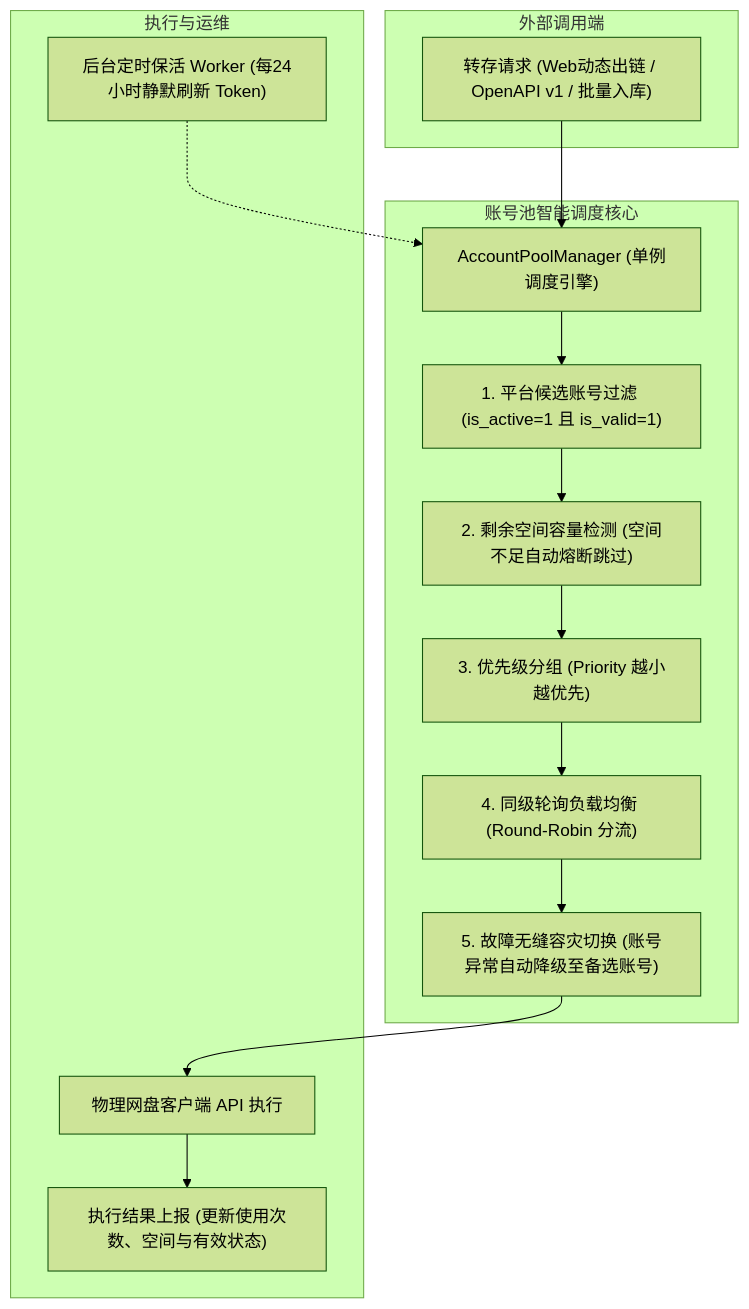
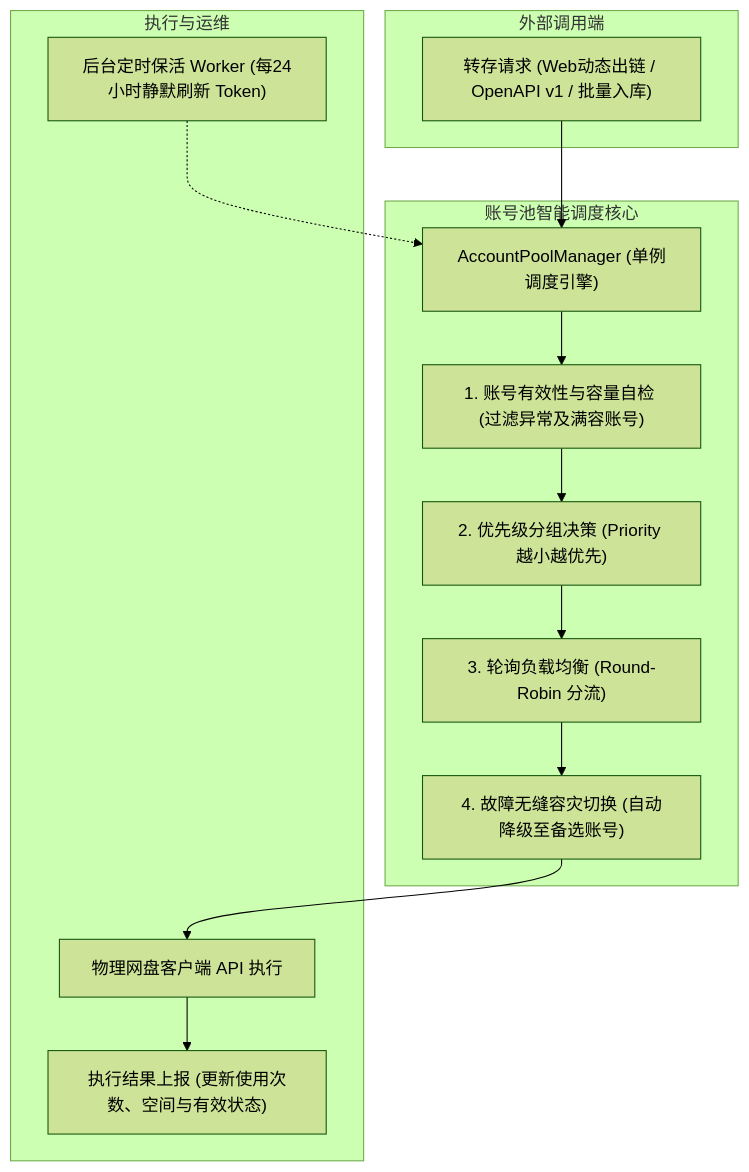
Before and after one commit to ucmao/pan-relay: the diagram in docs/account_pool_guide.md, drawn with Mermaid (forest theme). The commit also changed 14 other files, not shown here.

````diff
--- a/docs/account_pool_guide.md
+++ b/docs/account_pool_guide.md
@@ -9,21 +9,20 @@
 ```mermaid
 flowchart TD
     subgraph 外部调用端
         Req["转存请求 (Web动态出链 / OpenAPI v1 / 批量入库)"]
     end
 
     subgraph 账号池智能调度核心
         Req --> Pool["AccountPoolManager (单例调度引擎)"]
-        Pool --> Step1["1. 平台候选账号过滤 (is_active=1 且 is_valid=1)"]
-        Step1 --> Step2["2. 剩余空间容量检测 (空间不足自动熔断跳过)"]
-        Step2 --> Step3["3. 优先级分组 (Priority 越小越优先)"]
-        Step3 --> Step4["4. 同级轮询负载均衡 (Round-Robin 分流)"]
-        Step4 --> Step5["5. 故障无缝容灾切换 (账号异常自动降级至备选账号)"]
+        Pool --> Step1["1. 账号有效性与容量自检 (过滤异常及满容账号)"]
+        Step1 --> Step2["2. 优先级分组决策 (Priority 越小越优先)"]
+        Step2 --> Step3["3. 轮询负载均衡 (Round-Robin 分流)"]
+        Step3 --> Step4["4. 故障无缝容灾切换 (自动降级至备选账号)"]
     end
 
     subgraph 执行与运维
-        Step5 --> Exec["物理网盘客户端 API 执行"]
+        Step4 --> Exec["物理网盘客户端 API 执行"]
         Exec --> Report["执行结果上报 (更新使用次数、空间与有效状态)"]
         Worker["后台定时保活 Worker (每24小时静默刷新 Token)"] -.-> Pool
     end
 ```
````
